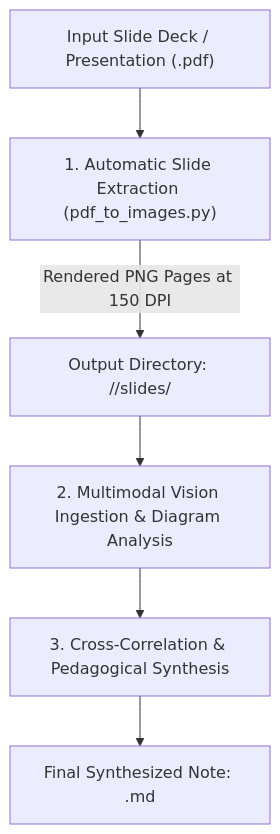
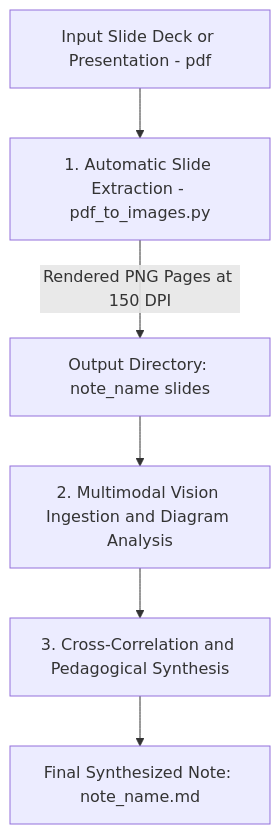
Before and after one commit to Fabbbbbbb99/Summarizer: the fourth of 4 diagrams in README.md, drawn with Mermaid. The commit also changed other lines of this file, not shown here.

Commit message:
fix(mermaid): sanitize edge and node labels across diagrams to fix GitHub parser error

````diff
--- a/README.md
+++ b/README.md
@@ -194,8 +203,8 @@
 ```mermaid
 flowchart TD
-    A["Input Slide Deck / Presentation (.pdf)"] --> B["1. Automatic Slide Extraction (pdf_to_images.py)"]
-    B -->|Rendered PNG Pages at 150 DPI| C["Output Directory: <base_dir>/<note_name>/slides/"]
-    C --> D["2. Multimodal Vision Ingestion & Diagram Analysis"]
-    D --> E["3. Cross-Correlation & Pedagogical Synthesis"]
-    E --> F["Final Synthesized Note: <note_name>.md"]
+    A["Input Slide Deck or Presentation - pdf"] --> B["1. Automatic Slide Extraction - pdf_to_images.py"]
+    B -->|Rendered PNG Pages at 150 DPI| C["Output Directory: note_name slides"]
+    C --> D["2. Multimodal Vision Ingestion and Diagram Analysis"]
+    D --> E["3. Cross-Correlation and Pedagogical Synthesis"]
+    E --> F["Final Synthesized Note: note_name.md"]
 ```
````
